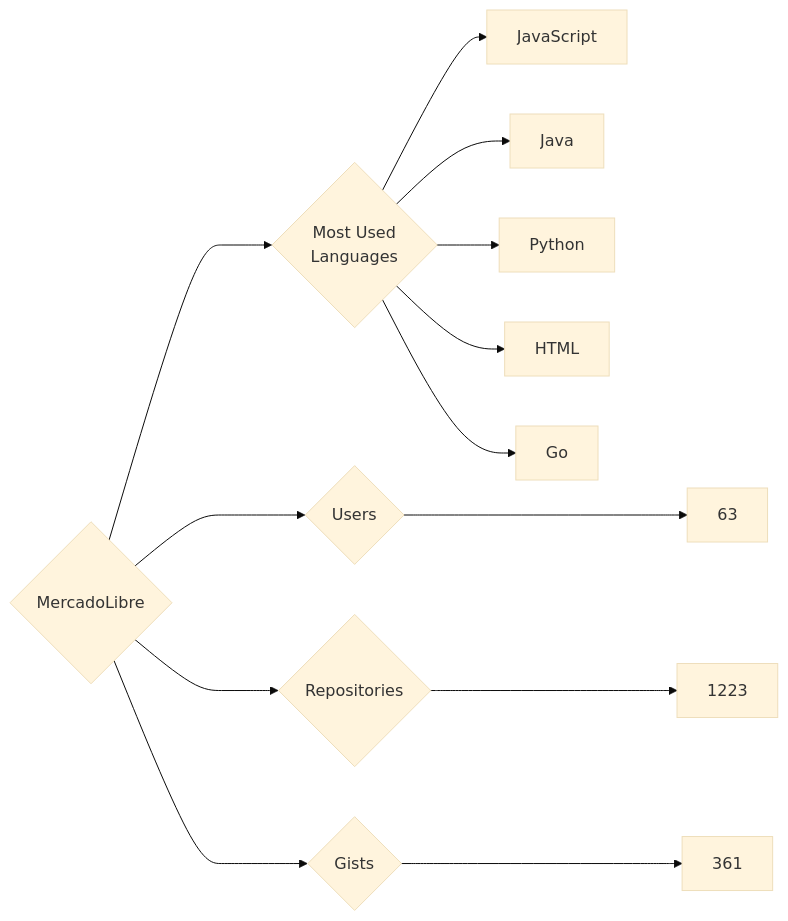
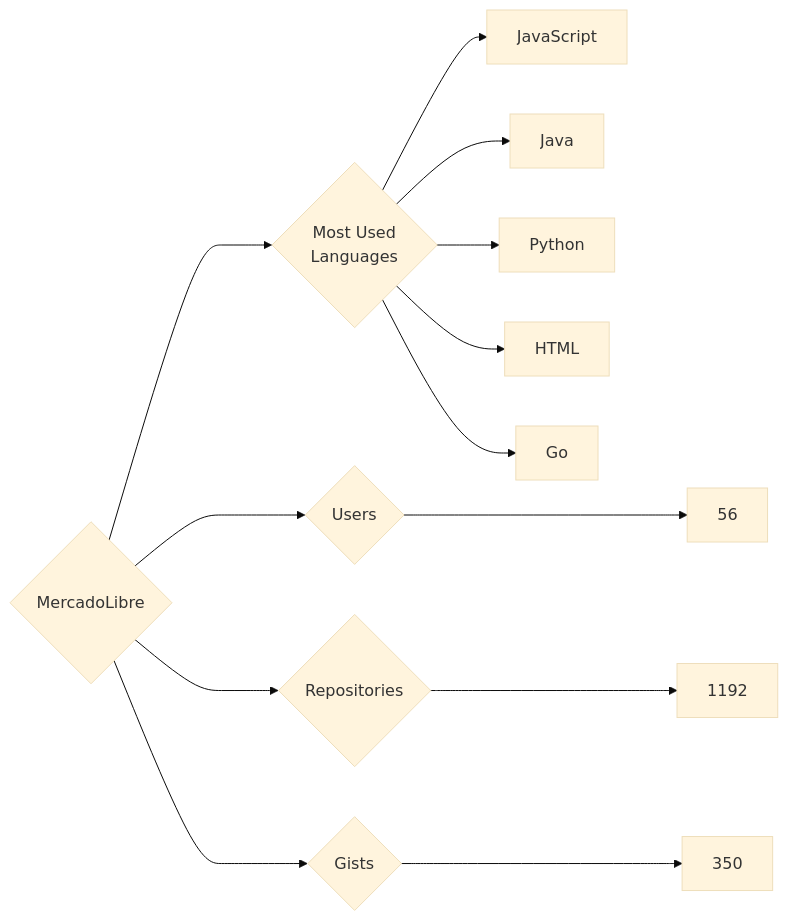
The diagram in targets/MercadoLibre/README.md (trickest/insiders), drawn with Mermaid (base theme) before and after one commit. The commit also changed 794 other files, not shown here.

````diff
--- a/targets/MercadoLibre/README.md
+++ b/targets/MercadoLibre/README.md
@@ -3,13 +3,13 @@
 ```mermaid
 graph LR
 COMPANY_NAME{MercadoLibre}
-COMPANY_NAME ---> U{Users} ---> UN[63]
-COMPANY_NAME ---> R{Repositories} ---> RN[1223]
-COMPANY_NAME ---> G{Gists} ---> GN[361]
+COMPANY_NAME ---> U{Users} ---> UN[56]
+COMPANY_NAME ---> R{Repositories} ---> RN[1192]
+COMPANY_NAME ---> G{Gists} ---> GN[350]
 COMPANY_NAME ---> ML{Most Used<br>Languages}
 ML --> JavaScript[JavaScript]
 ML --> Java[Java]
 ML --> Python[Python]
 ML --> HTML[HTML]
 ML --> Go[Go]
 ```
````
